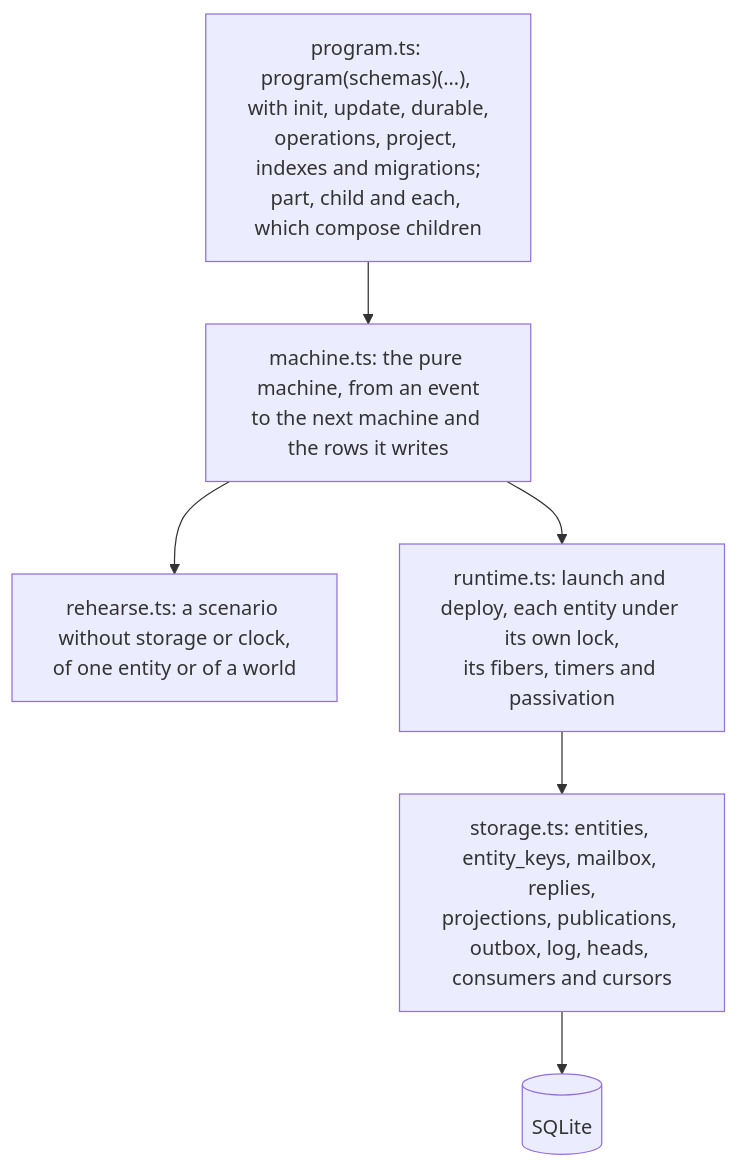
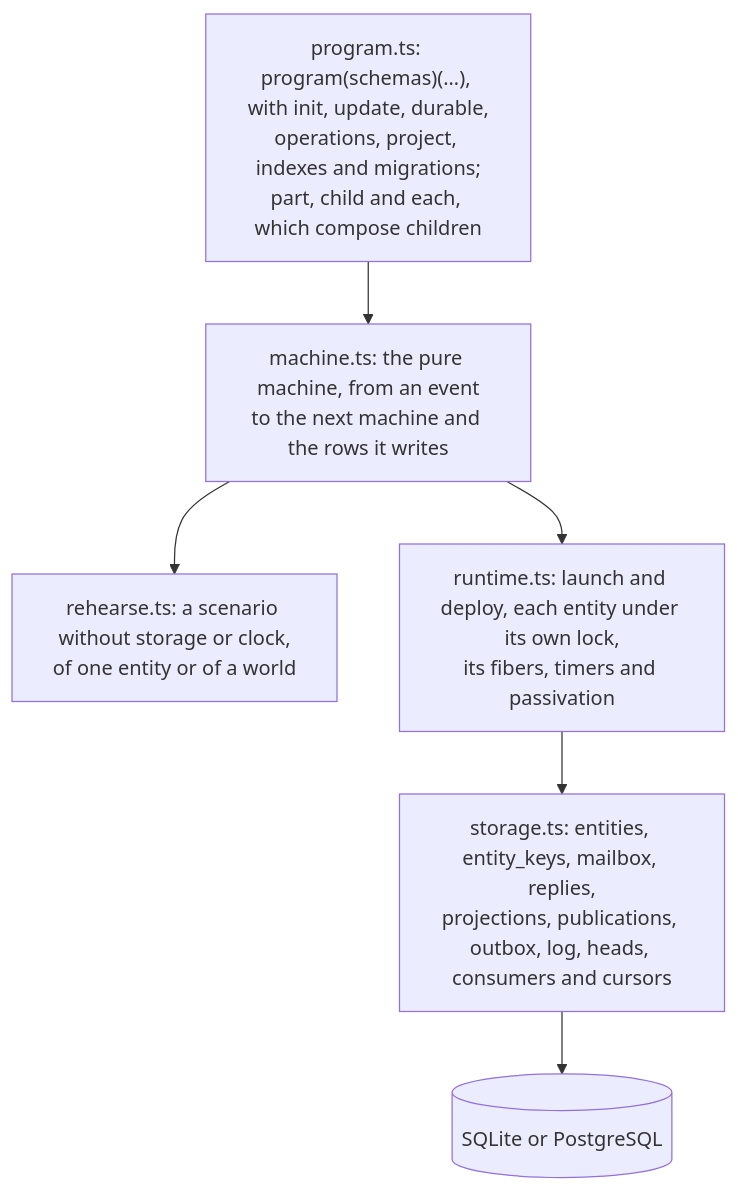
The second of 2 diagrams in README.md (fgaudo/effect-tea-durable), drawn with Mermaid before and after one commit. The commit also changed other lines of this file and 19 other files, not shown here.

First line of the commit message:
runtime: refuse text no database holds, and take the PostgreSQL step

````diff
--- a/README.md
+++ b/README.md
@@ -88,15 +88,15 @@
 ```mermaid
 flowchart TB
   program["program.ts: program(schemas)(…), with init, update, durable,<br/>operations, project, indexes and migrations;<br/>part, child and each, which compose children"]
   machine["machine.ts: the pure machine, from an event<br/>to the next machine and the rows it writes"]
   rehearse["rehearse.ts: a scenario without storage or clock,<br/>of one entity or of a world"]
   runtime["runtime.ts: launch and deploy, each entity under its own lock,<br/>its fibers, timers and passivation"]
   storage["storage.ts: entities, entity_keys, mailbox, replies,<br/>projections, publications, outbox, log, heads, consumers and cursors"]
-  db[(SQLite)]
+  db[(SQLite or PostgreSQL)]
 
   program --> machine
   machine --> rehearse
   machine --> runtime
   runtime --> storage
   storage --> db
 ```
````
